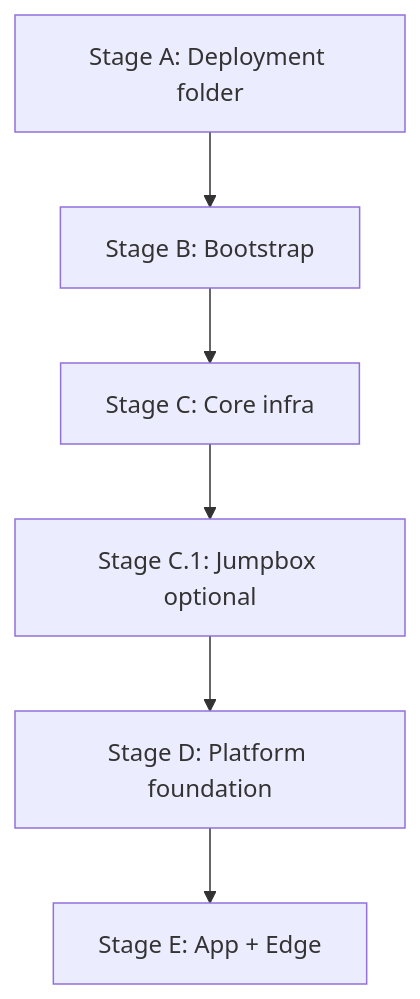
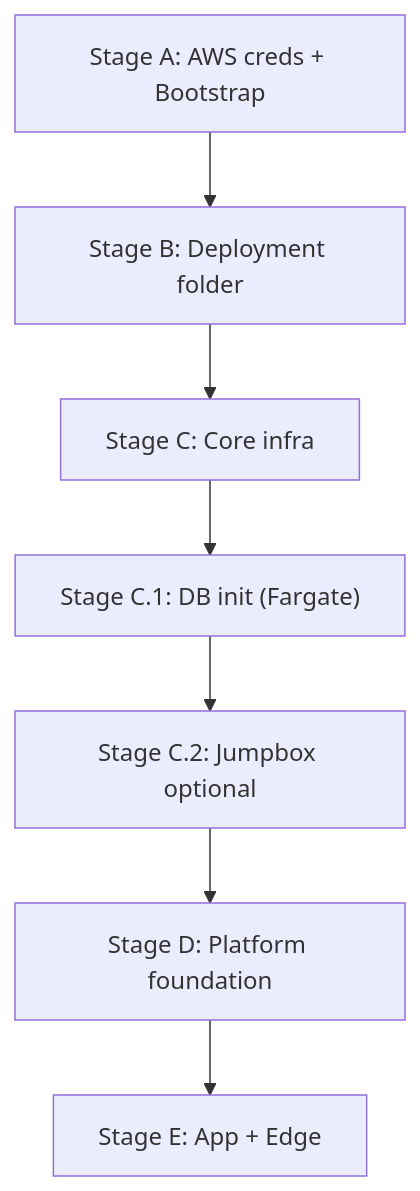
One commit to ProfiseeAdmin/kubernetes changed the second of 2 diagrams in AWS-OpenTofu/docs/00-overview.md. Above: the diagram before and after it, drawn with Mermaid. The commit also changed other lines of this file and 10 other files, not shown here.

````diff
--- a/AWS-OpenTofu/docs/00-overview.md
+++ b/AWS-OpenTofu/docs/00-overview.md
@@ -46,8 +46,9 @@
 ```mermaid
 flowchart TD
-  A["Stage A: Deployment folder"] --> B["Stage B: Bootstrap"]
+  A["Stage A: AWS creds + Bootstrap"] --> B["Stage B: Deployment folder"]
   B --> C["Stage C: Core infra"]
-  C --> C1["Stage C.1: Jumpbox optional"]
-  C1 --> D["Stage D: Platform foundation"]
+  C --> C1["Stage C.1: DB init (Fargate)"]
+  C1 --> C2["Stage C.2: Jumpbox optional"]
+  C2 --> D["Stage D: Platform foundation"]
   D --> E["Stage E: App + Edge"]
 ```
````
